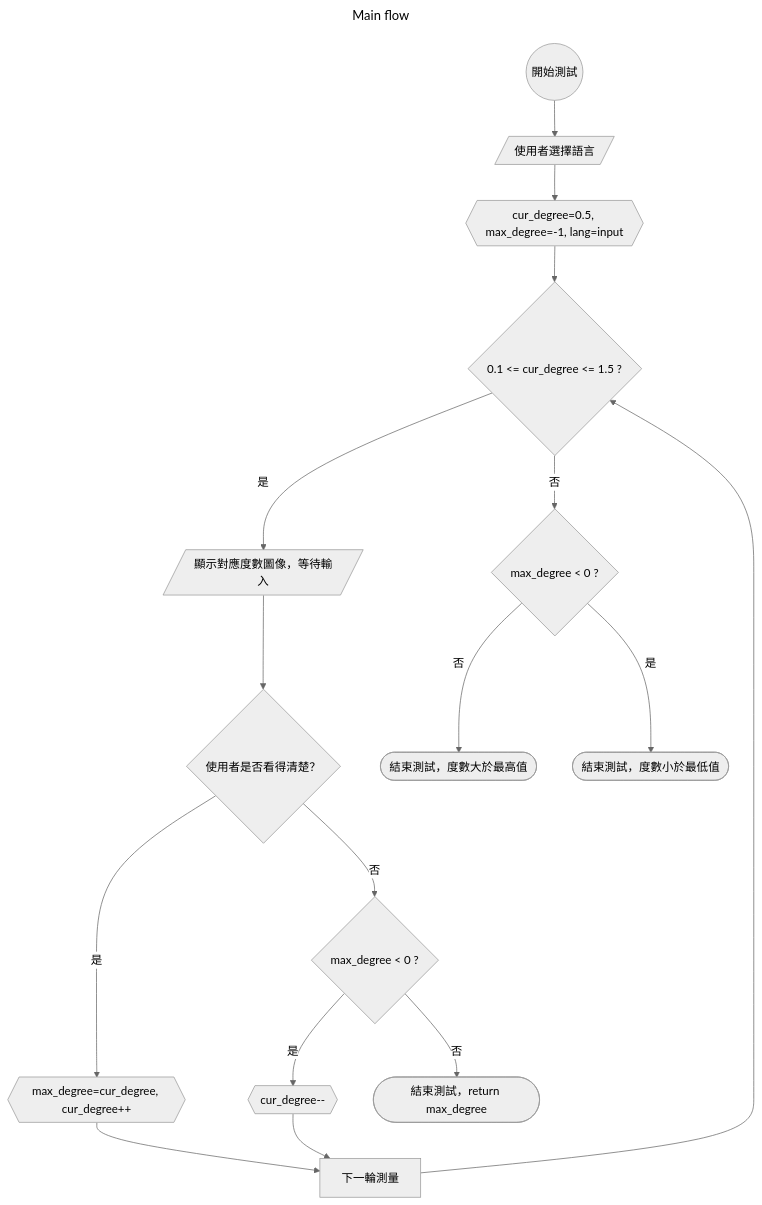
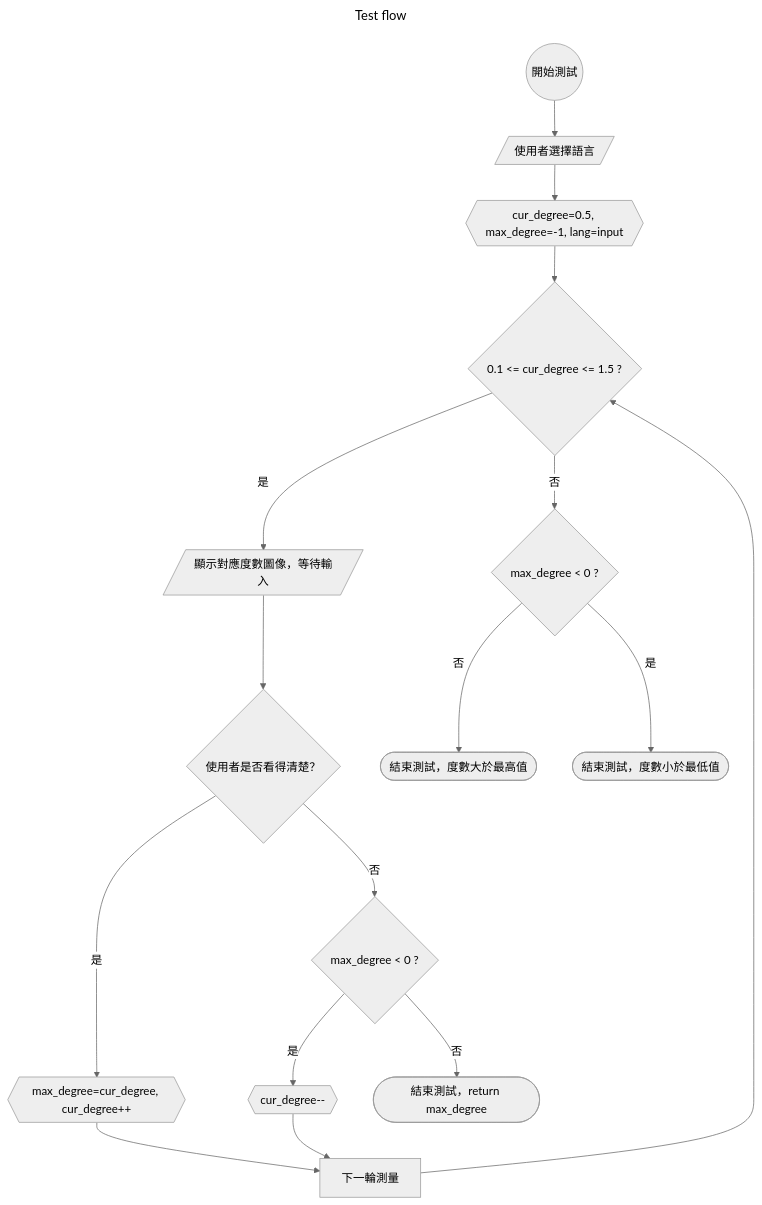
Before and after one commit to sunnyshoun/2025-Medical-System-Project: the second of 2 diagrams in README.md, drawn with Mermaid (neutral theme). The commit also changed other lines of this file and 8 other files, not shown here.

Commit message:
Update README.md and test flow,  refactored

````diff
--- a/README.md
+++ b/README.md
@@ -16,35 +44,35 @@
 ```mermaid
 ---
-title: Main flow
+title: Test flow
 ---
 flowchart TD
     set0((開始測試))
     set1{{cur_degree=0.5, max_degree=-1, lang=input}}
     set2[/使用者選擇語言/]
     act0{0.1 <= cur_degree <= 1.5 ?}
     end1{max_degree < 0 ?}
     act1[/顯示對應度數圖像，等待輸入/]
     act2{使用者是否看得清楚？}
     act3{{max_degree=cur_degree, cur_degree++}}
     act4{max_degree < 0 ?}
     act5{{cur_degree--}}
     end2([結束測試，度數大於最高值])
     end3([結束測試，度數小於最低值])
     end4([結束測試，return max_degree])
     iter[下一輪測量]
     act3 --> iter
     set0 --> set2
     set2 --> set1
     set1 --> act0
     act0 -- 否 --> end1
     end1 -- 否 --> end2
     end1 -- 是 --> end3
     act0 -- 是 --> act1
     act1 --> act2
     act2 -- 否 --> act4
     act2 -- 是 --> act3
     act4 -- 否 --> end4
     act4 -- 是 --> act5
     act5 --> iter
     iter --> act0
 ```
````
